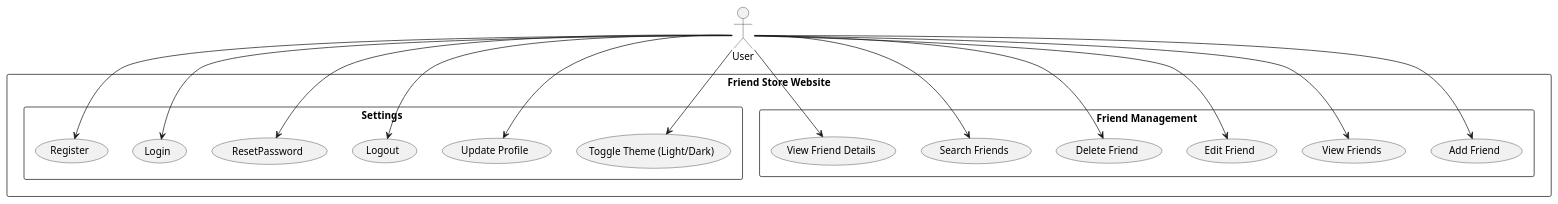
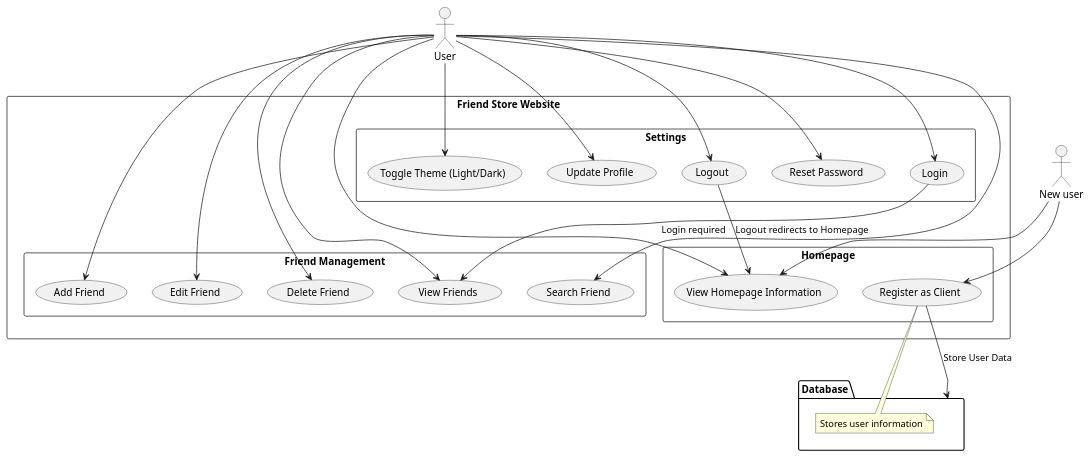
The diagram in Diagram/use_case_diagram.puml (Fimo0N/Friend-Store-Website), drawn with PlantUML before and after one commit. The commit also changed 1 other file, not shown here.

Commit message:
MD 3rd time for er and usecase diagram

```diff
--- a/Diagram/use_case_diagram.puml
+++ b/Diagram/use_case_diagram.puml
@@ -1,55 +1,53 @@
 @startuml
 actor User as "User"
-
+actor Newuser as "New user"
 
 rectangle "Friend Store Website" {
 
-   
+    rectangle "Homepage" {
+        usecase ViewInfo as "View Homepage Information"
+        usecase Register as "Register as Client"
+    }
 
     rectangle "Friend Management" {
         usecase AddFriend as "Add Friend"
         usecase ViewFriends as "View Friends"
         usecase EditFriend as "Edit Friend"
         usecase DeleteFriend as "Delete Friend"
-        usecase SearchFriends as "Search Friends"
-        usecase ViewFriendDetails as "View Friend Details"
-  
-       
+        usecase SearchFriend as "Search Friend"
     }
 
-    rectangle "Settings " {
+    rectangle "Settings" {
         usecase ToggleTheme as "Toggle Theme (Light/Dark)"
         usecase UpdateProfile as "Update Profile"
         usecase Logout as "Logout"
-        usecase ResetPassword as " ResetPassword "
-        usecase Login as "Login"  
-        usecase Register as "Register"
-        
-        
+        usecase ResetPassword as "Reset Password"
+        usecase Login as "Login"
     }
-
-   
-    
-  
-    
 }
 
+package "Database" {
+    note right of Register
+        Stores user information
+    end note
+}
 
+Newuser --> ViewInfo
+Newuser --> Register
 
-
-
+User --> ViewInfo
 User --> AddFriend
 User --> ViewFriends
 User --> EditFriend
 User --> DeleteFriend
-User --> SearchFriends
-User --> ViewFriendDetails
-User--> ResetPassword
-User--> Login
-User--> Logout
-User--> Register
-
-
 User --> ToggleTheme
 User --> UpdateProfile
+User --> Logout
+User --> ResetPassword
+User --> Login
+User --> SearchFriend
+
+Register --> Database : "Store User Data"
+Login --> ViewFriends : "Login required" 
+Logout --> ViewInfo : "Logout redirects to Homepage"
 @enduml
```
